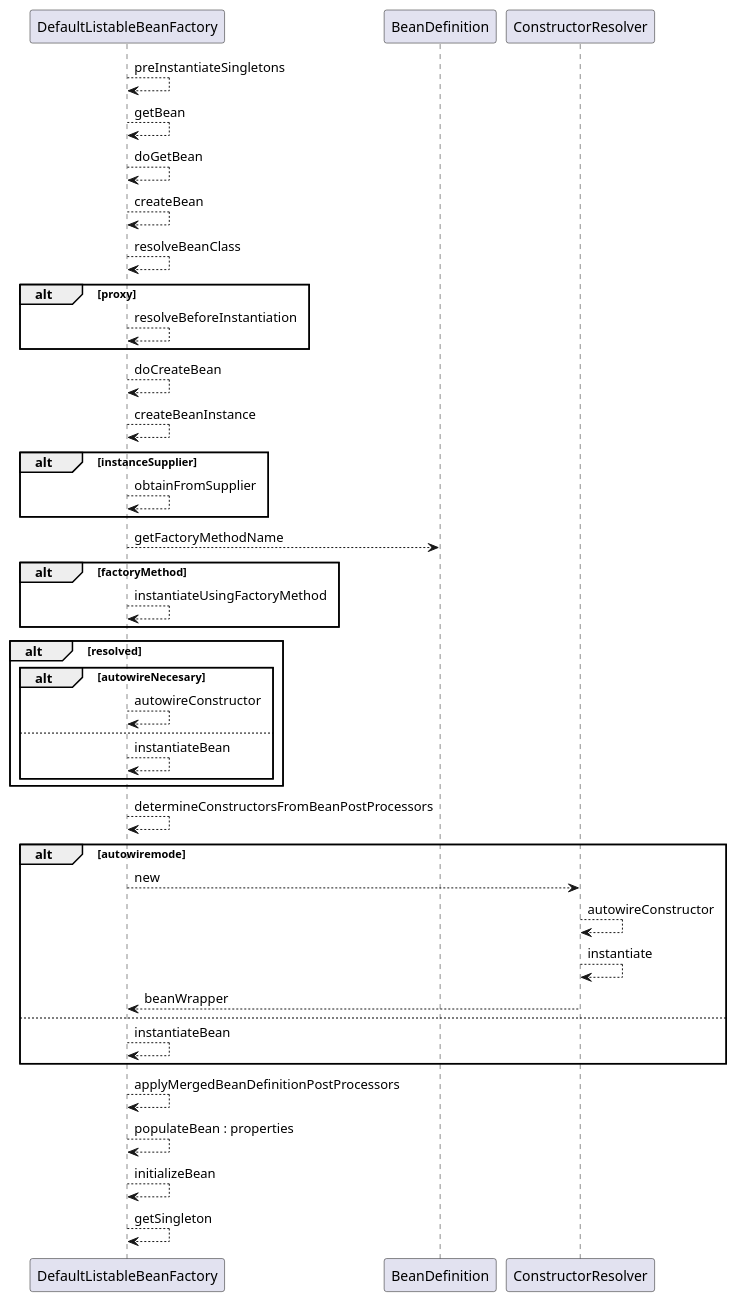
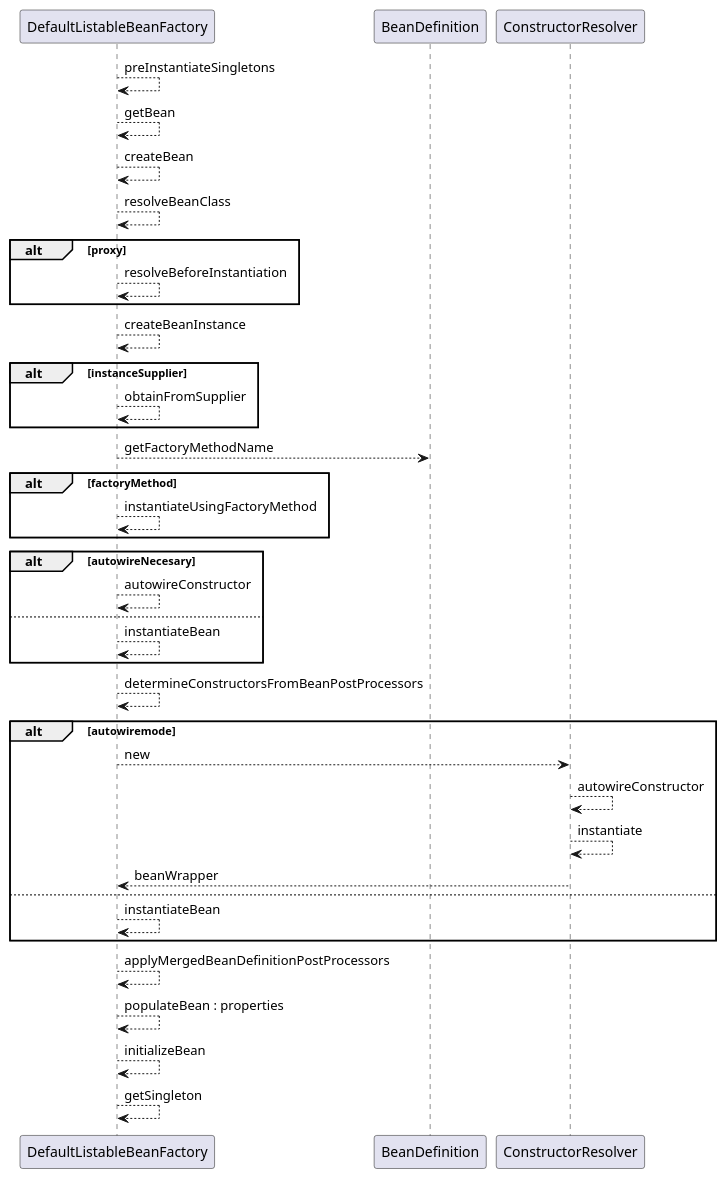
The fourth of 5 diagrams in content/post/java/spring/ioc.md (kevinwang930/kevinwang930.github.io), drawn with PlantUML before and after one commit. The commit also changed 2 other files, not shown here.

````diff
--- a/content/post/java/spring/ioc.md
+++ b/content/post/java/spring/ioc.md
@@ -271,54 +271,52 @@
 ```plantuml
 DefaultListableBeanFactory --> DefaultListableBeanFactory:preInstantiateSingletons
 
 DefaultListableBeanFactory --> DefaultListableBeanFactory:getBean
 
-DefaultListableBeanFactory --> DefaultListableBeanFactory: doGetBean
 DefaultListableBeanFactory --> DefaultListableBeanFactory: createBean
 DefaultListableBeanFactory --> DefaultListableBeanFactory: resolveBeanClass
 alt proxy
 DefaultListableBeanFactory --> DefaultListableBeanFactory: resolveBeforeInstantiation
 end
 
-DefaultListableBeanFactory --> DefaultListableBeanFactory: doCreateBean
 DefaultListableBeanFactory --> DefaultListableBeanFactory: createBeanInstance
 alt instanceSupplier
 DefaultListableBeanFactory --> DefaultListableBeanFactory: obtainFromSupplier
 end
 DefaultListableBeanFactory --> BeanDefinition: getFactoryMethodName
 alt factoryMethod
 DefaultListableBeanFactory --> DefaultListableBeanFactory: instantiateUsingFactoryMethod
 end
-alt resolved
+
 alt autowireNecesary
 DefaultListableBeanFactory --> DefaultListableBeanFactory: autowireConstructor
 else 
 DefaultListableBeanFactory --> DefaultListableBeanFactory: instantiateBean
 end
-end
+
 DefaultListableBeanFactory --> DefaultListableBeanFactory: determineConstructorsFromBeanPostProcessors
 alt autowiremode
 DefaultListableBeanFactory --> ConstructorResolver: new
 ConstructorResolver --> ConstructorResolver: autowireConstructor
 ConstructorResolver --> ConstructorResolver: instantiate
 ConstructorResolver --> DefaultListableBeanFactory:beanWrapper
 else 
 DefaultListableBeanFactory --> DefaultListableBeanFactory:instantiateBean
 end
 DefaultListableBeanFactory --> DefaultListableBeanFactory:applyMergedBeanDefinitionPostProcessors
 DefaultListableBeanFactory --> DefaultListableBeanFactory:populateBean : properties
 DefaultListableBeanFactory --> DefaultListableBeanFactory:initializeBean
 
 
 
 
 
 
 
 
 
 
 
 
 DefaultListableBeanFactory --> DefaultListableBeanFactory: getSingleton
 ```
````
